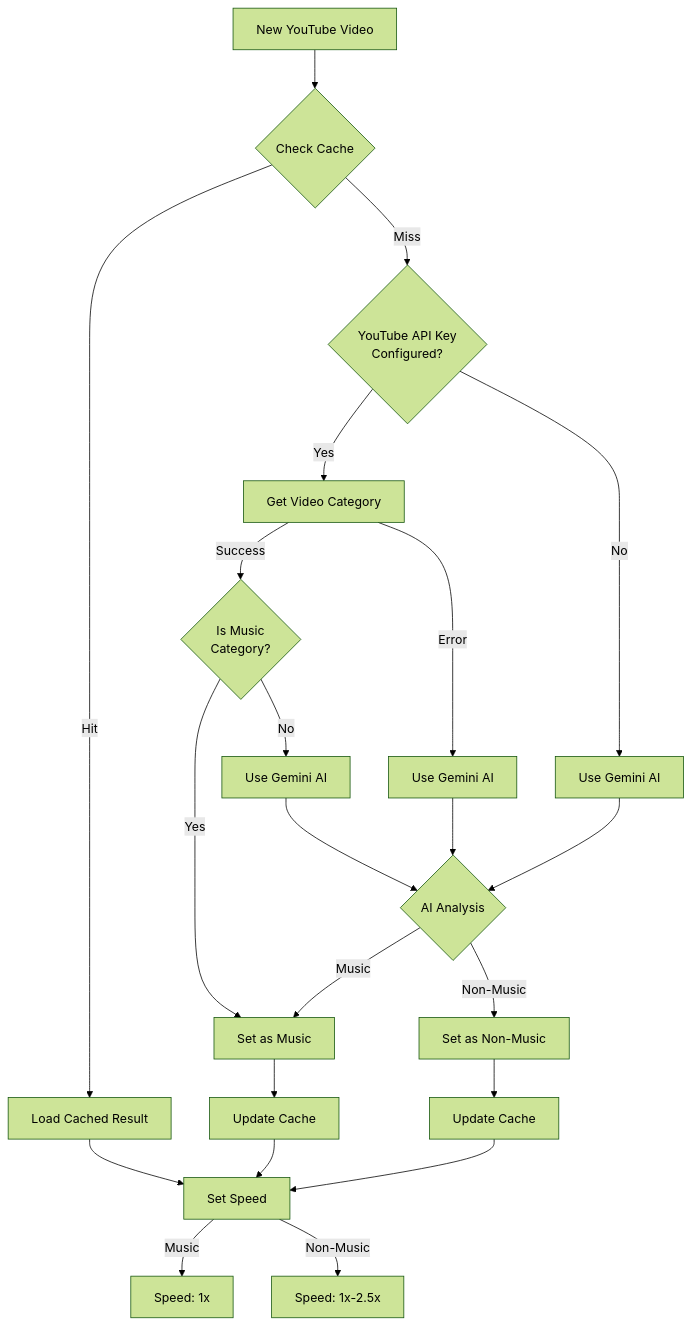
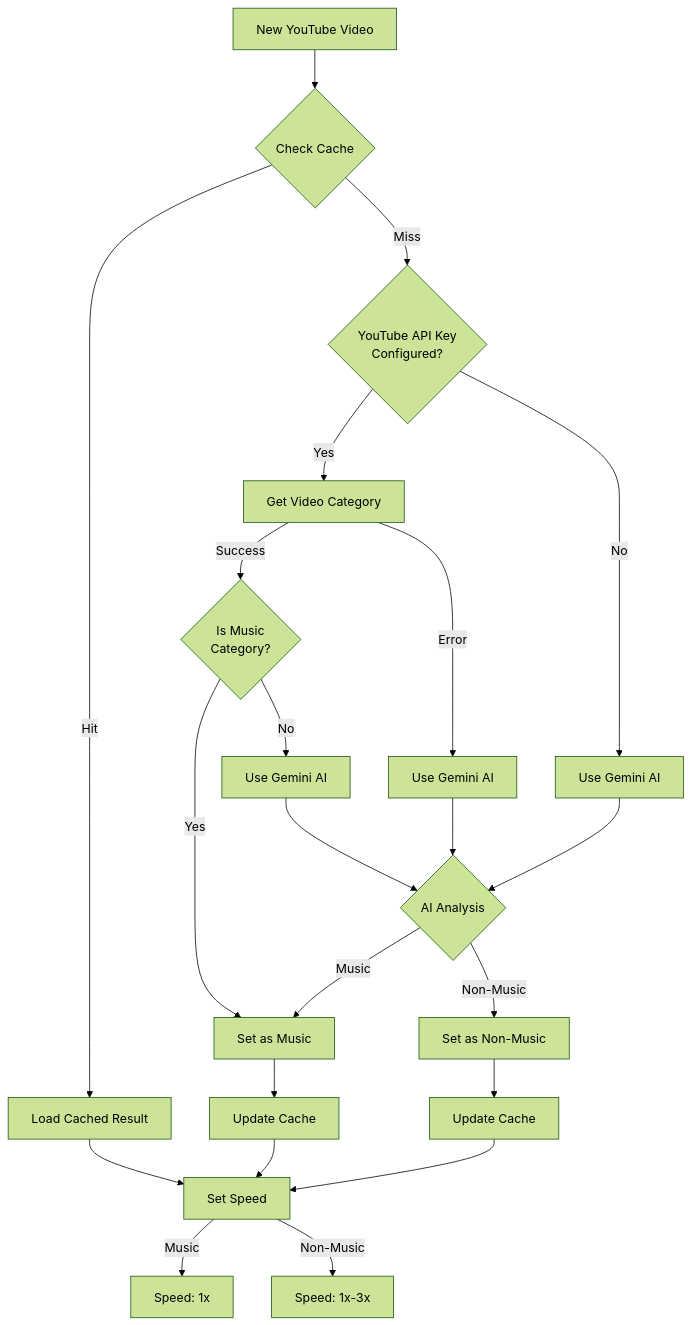
One commit to izumiz-dev/music-x1 changed the diagram in README.md. Above: the diagram before and after it, drawn with Mermaid (forest theme). The commit also changed 3 other files, not shown here.

````diff
--- a/README.md
+++ b/README.md
@@ -16,33 +16,33 @@
 ```mermaid
 flowchart TD
     Start[New YouTube Video] --> Cache{Check Cache}
     Cache -->|Hit| GetCache[Load Cached Result]
     Cache -->|Miss| ApiKey{YouTube API Key<br>Configured?}
     
     GetCache --> SetSpeed[Set Speed]
     
     ApiKey -->|Yes| Category[Get Video Category]
     ApiKey -->|No| Gemini1[Use Gemini AI]
     
     Category -->|Success| Check{Is Music<br>Category?}
     Category -->|Error| Gemini2[Use Gemini AI]
     
     Check -->|Yes| Music[Set as Music]
     Check -->|No| Gemini3[Use Gemini AI]
     
     Gemini1 --> Analysis1{AI Analysis}
     Gemini2 --> Analysis1
     Gemini3 --> Analysis1
     
     Analysis1 -->|Music| Music
     Analysis1 -->|Non-Music| NonMusic[Set as Non-Music]
     
     Music --> Cache1[Update Cache]
     NonMusic --> Cache2[Update Cache]
     
     Cache1 --> SetSpeed
     Cache2 --> SetSpeed
     
     SetSpeed -->|Music| Speed1[Speed: 1x]
-    SetSpeed -->|Non-Music| Speed2[Speed: 1x-2.5x]
+    SetSpeed -->|Non-Music| Speed2[Speed: 1x-3x]
 ```
````
